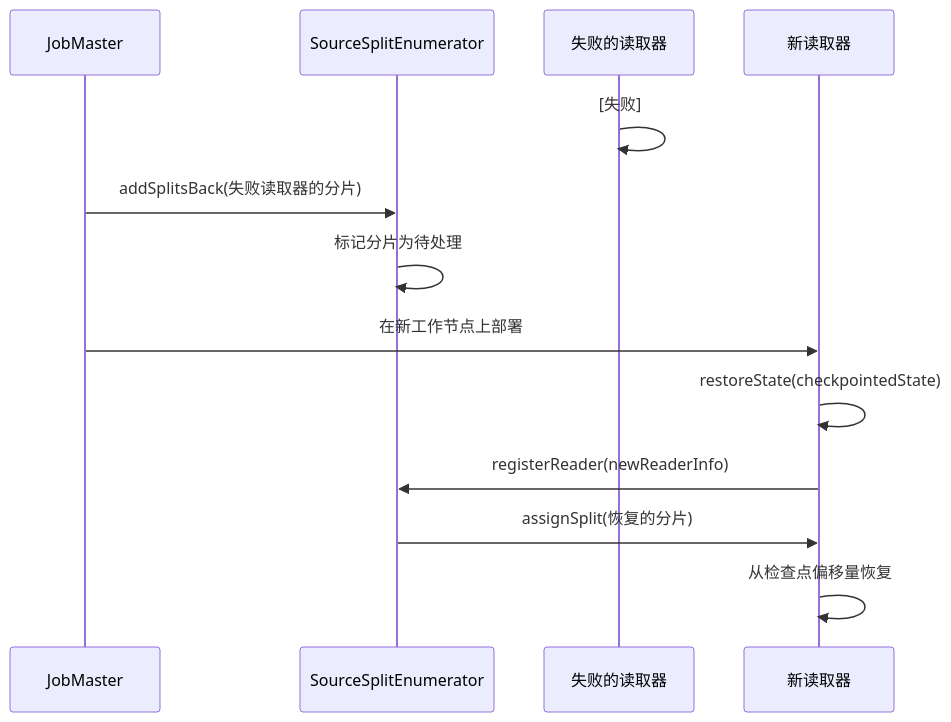
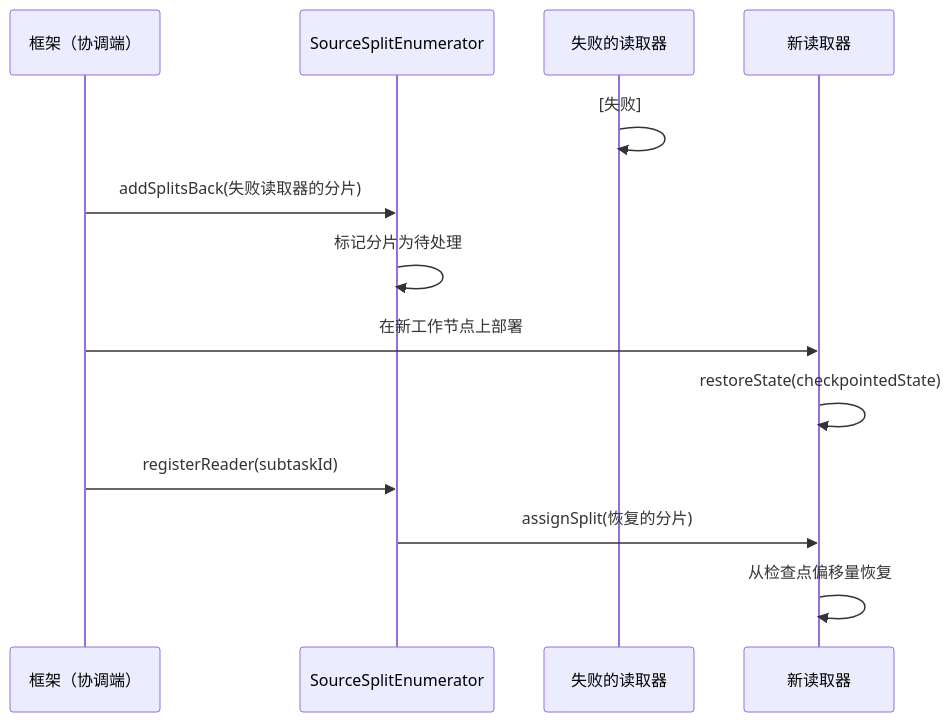
Before and after one commit to apache/seatunnel: the third of 3 diagrams in docs/zh/architecture/api-design/source-architecture.md, drawn with Mermaid. The commit also changed other lines of this file and 12 other files, not shown here.

Commit message:
Docs: review and refine architecture documents for accuracy

````diff
--- a/docs/zh/architecture/api-design/source-architecture.md
+++ b/docs/zh/architecture/api-design/source-architecture.md
@@ -165,18 +166,18 @@
 ```mermaid
 sequenceDiagram
-    participant JM as JobMaster
+    participant Coord as 框架（协调端）
     participant Enum as SourceSplitEnumerator
     participant OldReader as 失败的读取器
     participant NewReader as 新读取器
 
     OldReader->>OldReader: [失败]
-    JM->>Enum: addSplitsBack(失败读取器的分片)
+    Coord->>Enum: addSplitsBack(失败读取器的分片)
     Enum->>Enum: 标记分片为待处理
 
-    JM->>NewReader: 在新工作节点上部署
+    Coord->>NewReader: 在新工作节点上部署
     NewReader->>NewReader: restoreState(checkpointedState)
-    NewReader->>Enum: registerReader(newReaderInfo)
+    Coord->>Enum: registerReader(subtaskId)
 
     Enum->>NewReader: assignSplit(恢复的分片)
     NewReader->>NewReader: 从检查点偏移量恢复
 ```
````
